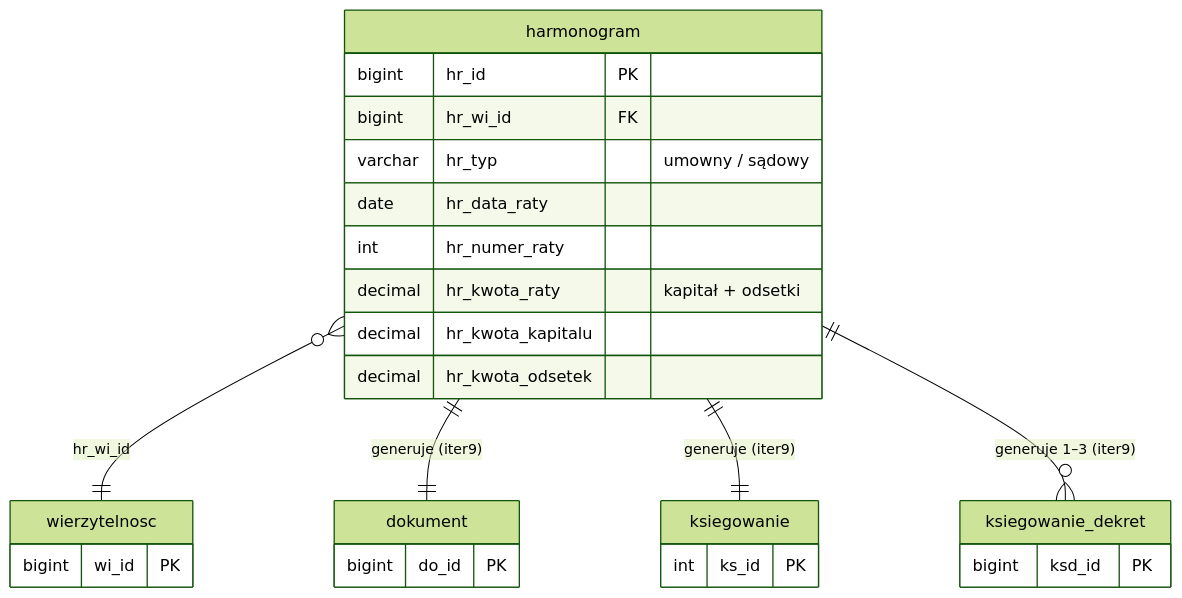
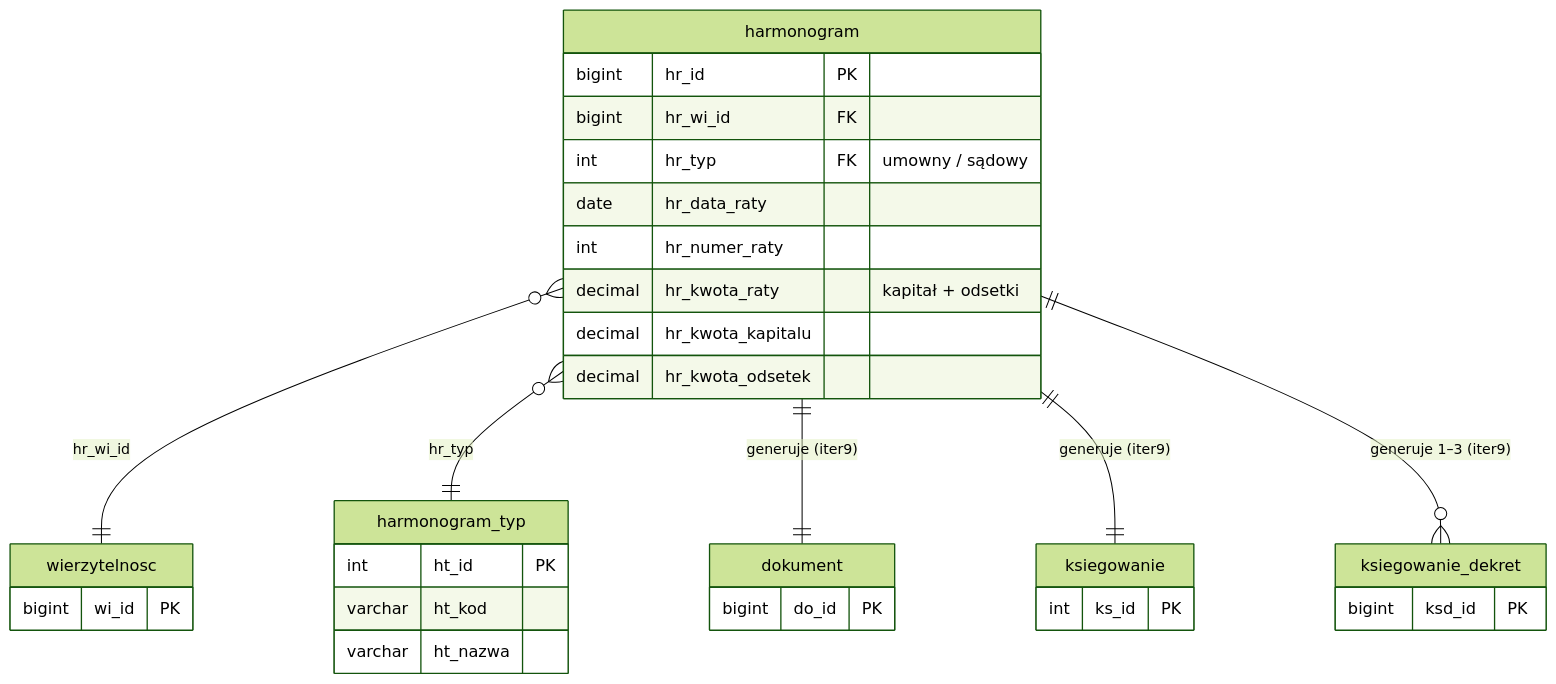
One commit to oskar-bialek-bakk/intrum-migration-docs changed the diagram in docs/struktura-stagingu/harmonogram.md. Above: the diagram before and after it, drawn with Mermaid (forest theme). The commit also changed other lines of this file and 9 other files, not shown here.

````diff
--- a/docs/struktura-stagingu/harmonogram.md
+++ b/docs/struktura-stagingu/harmonogram.md
@@ -22,34 +22,41 @@
 ```mermaid
 erDiagram
     wierzytelnosc {
         bigint  wi_id     PK
     }
 
     dokument {
         bigint  do_id     PK
     }
 
     ksiegowanie {
         int     ks_id     PK
     }
 
     ksiegowanie_dekret {
         bigint  ksd_id    PK
     }
 
+    harmonogram_typ {
+        int      ht_id              PK
+        varchar  ht_kod
+        varchar  ht_nazwa
+    }
+
     harmonogram {
         bigint   hr_id              PK
         bigint   hr_wi_id           FK
-        varchar  hr_typ                    "umowny / sądowy"
+        int      hr_typ             FK   "umowny / sądowy"
         date     hr_data_raty
         int      hr_numer_raty
         decimal  hr_kwota_raty             "kapitał + odsetki"
         decimal  hr_kwota_kapitalu
         decimal  hr_kwota_odsetek
     }
 
     harmonogram }o--||  wierzytelnosc       : "hr_wi_id"
+    harmonogram }o--||  harmonogram_typ     : "hr_typ"
     harmonogram ||--||  dokument            : "generuje (iter9)"
     harmonogram ||--||  ksiegowanie         : "generuje (iter9)"
     harmonogram ||--o{  ksiegowanie_dekret  : "generuje 1–3 (iter9)"
 ```
````
